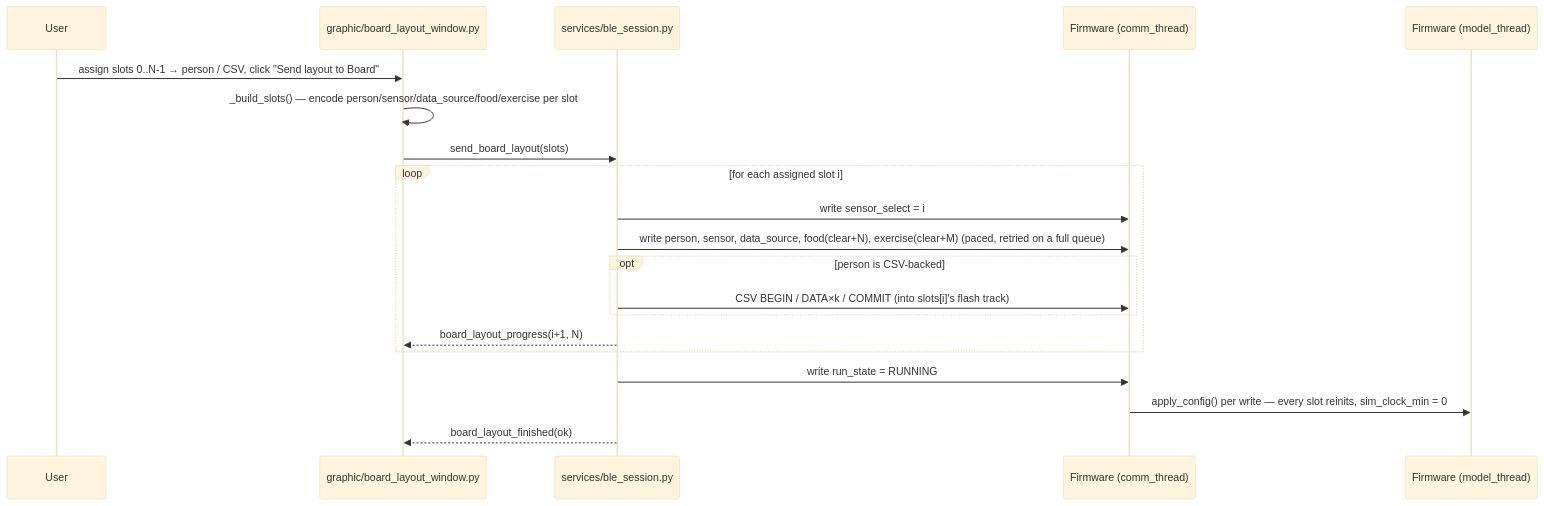
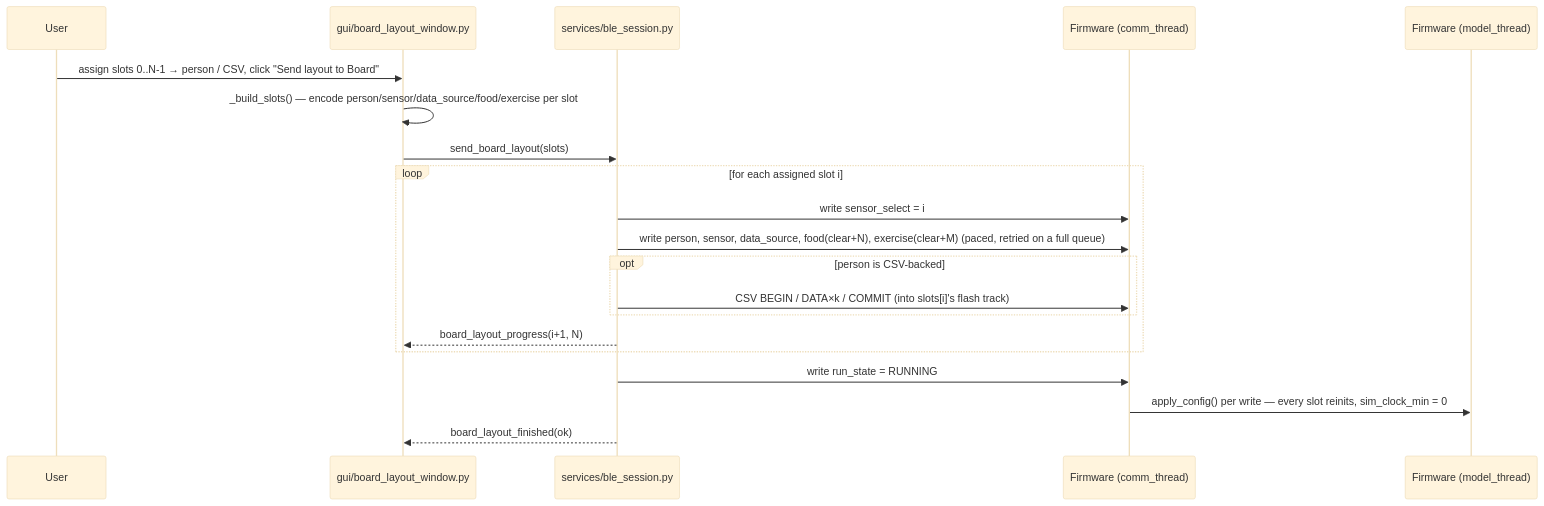
The fifth of 6 diagrams in docs/ARCHITECTURE.md (gomes717/SensorSimulator), drawn with Mermaid (base theme) before and after one commit. The commit also changed other lines of this file and 38 other files, not shown here.

First line of the commit message:
Rename src/graphic/ -> src/gui/ (issue 17)

````diff
--- a/docs/ARCHITECTURE.md
+++ b/docs/ARCHITECTURE.md
@@ -220,23 +220,23 @@
 ```mermaid
 sequenceDiagram
     participant U as User
-    participant BLW as graphic/board_layout_window.py
+    participant BLW as gui/board_layout_window.py
     participant BLE as services/ble_session.py
     participant FW as Firmware (comm_thread)
     participant Model as Firmware (model_thread)
 
     U->>BLW: assign slots 0..N-1 → person / CSV, click "Send layout to Board"
     BLW->>BLW: _build_slots() — encode person/sensor/data_source/food/exercise per slot
     BLW->>BLE: send_board_layout(slots)
     loop for each assigned slot i
         BLE->>FW: write sensor_select = i
         BLE->>FW: write person, sensor, data_source, food(clear+N), exercise(clear+M)  (paced, retried on a full queue)
         opt person is CSV-backed
             BLE->>FW: CSV BEGIN / DATA×k / COMMIT  (into slots[i]'s flash track)
         end
         BLE-->>BLW: board_layout_progress(i+1, N)
     end
     BLE->>FW: write run_state = RUNNING
     FW->>Model: apply_config() per write — every slot reinits, sim_clock_min = 0
     BLE-->>BLW: board_layout_finished(ok)
 ```
````
